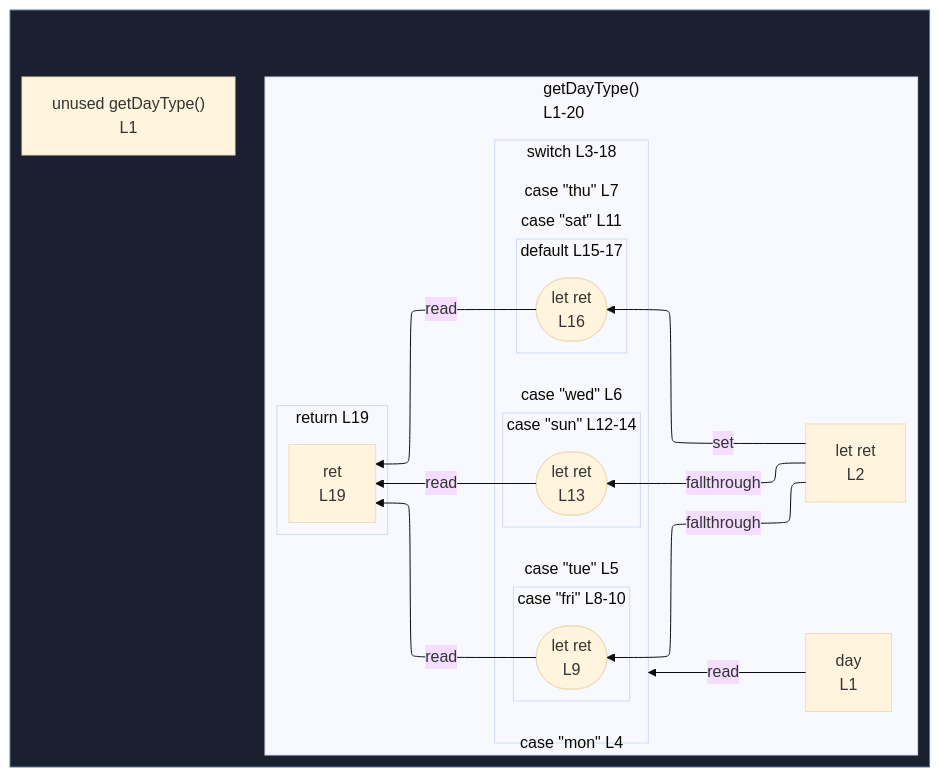
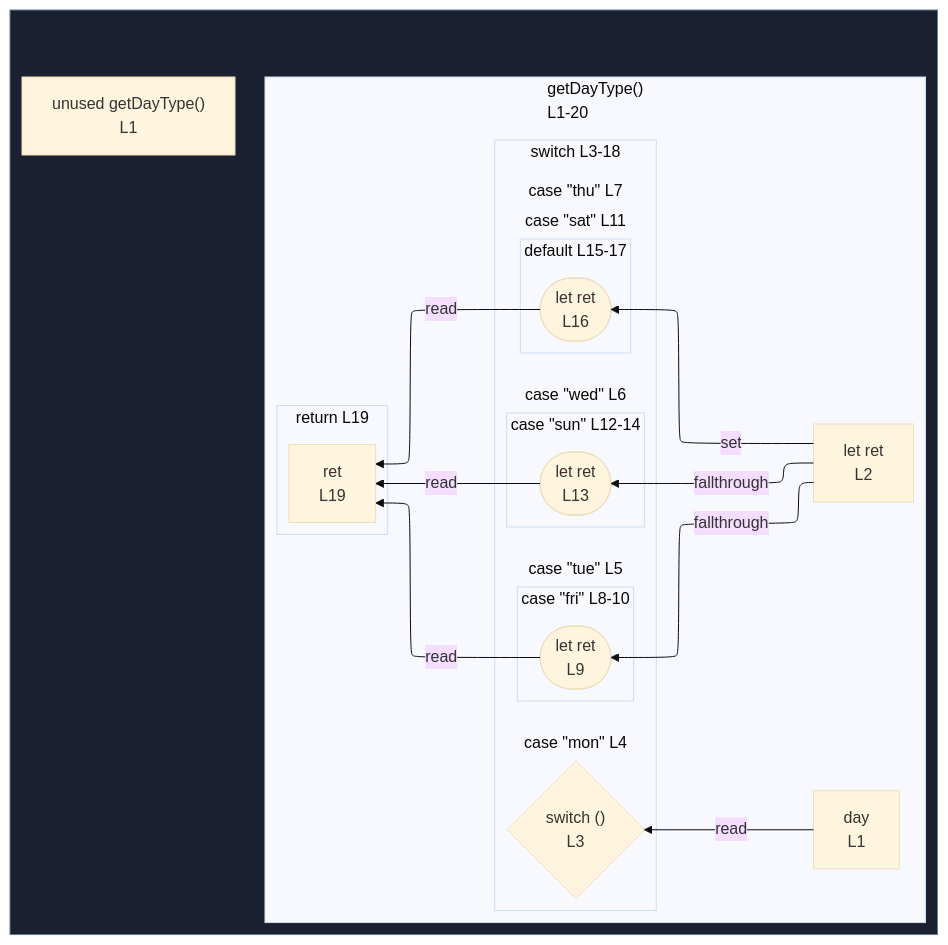
The diagram in integration/fixtures/function-switch-grouped-cases/preview.md (crescware/unsnarl), drawn with Mermaid (base theme) before and after one commit. The commit also changed 65 other files, not shown here.

````diff
--- a/integration/fixtures/function-switch-grouped-cases/preview.md
+++ b/integration/fixtures/function-switch-grouped-cases/preview.md
@@ -30,56 +30,57 @@
 ```mermaid
 %%{init: {"flowchart": {"defaultRenderer": "elk"}}}%%
 flowchart RL
   subgraph wrap_s_scope_1[" "]
     direction TB
     n_scope_0_getDayType_9["unused getDayType()<br/>L1"]
     subgraph s_scope_1["getDayType()<br/>L1-20"]
       direction RL
       n_scope_1_day_20["day<br/>L1"]
       n_scope_1_ret_33["let ret<br/>L2"]
       subgraph s_scope_2["switch L3-18"]
         direction RL
+        switch_discriminant_scope_1_45{"switch ()<br/>L3"}
         subgraph s_scope_3["case &quot;mon&quot; L4"]
           direction RL
         end
         subgraph s_scope_4["case &quot;tue&quot; L5"]
           direction RL
         end
         subgraph s_scope_5["case &quot;wed&quot; L6"]
           direction RL
         end
         subgraph s_scope_6["case &quot;thu&quot; L7"]
           direction RL
         end
         subgraph s_scope_7["case &quot;fri&quot; L8-10"]
           direction RL
           wr_ref_1(["let ret<br/>L9"])
         end
         subgraph s_scope_8["case &quot;sat&quot; L11"]
           direction RL
         end
         subgraph s_scope_9["case &quot;sun&quot; L12-14"]
           direction RL
           wr_ref_2(["let ret<br/>L13"])
         end
         subgraph s_scope_10["default L15-17"]
           direction RL
           wr_ref_3(["let ret<br/>L16"])
         end
       end
       subgraph s_return_scope_0_getDayType_9_308_319["return L19"]
         direction RL
         ret_use_ref_4["ret<br/>L19"]
       end
     end
   end
   n_scope_1_ret_33 -->|fallthrough| wr_ref_1
   n_scope_1_ret_33 -->|fallthrough| wr_ref_2
   n_scope_1_ret_33 -->|set| wr_ref_3
-  n_scope_1_day_20 -->|read| s_scope_2
+  n_scope_1_day_20 -->|read| switch_discriminant_scope_1_45
   wr_ref_1 -->|read| ret_use_ref_4
   wr_ref_2 -->|read| ret_use_ref_4
   wr_ref_3 -->|read| ret_use_ref_4
   classDef fnWrap fill:#1a2030,stroke:#5a7d99;
   class wrap_s_scope_1 fnWrap;
 ```
````
